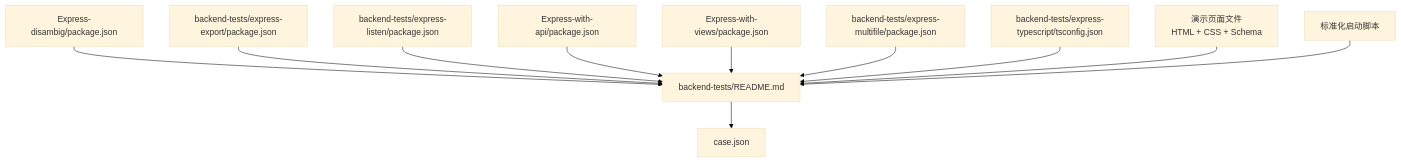
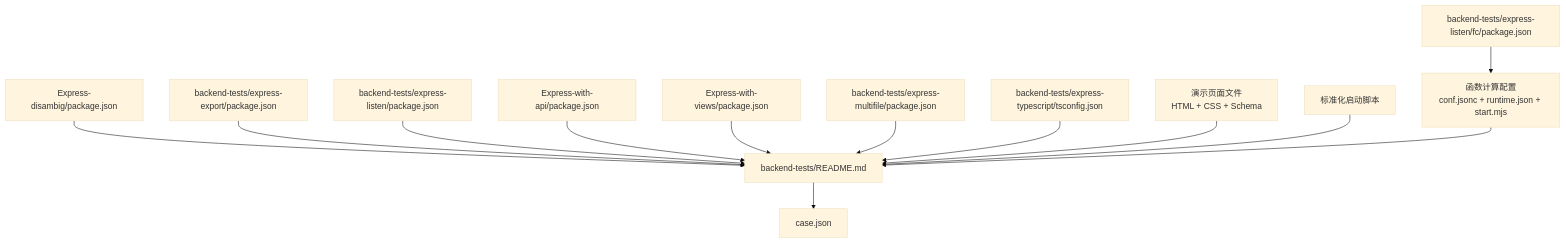
Before and after one commit to esa-sp/test-for-aone-ci: diagram 13 of 13 in .qoder/repowiki/zh/content/后端框架测试/Express框架测试.md, drawn with Mermaid (base theme). The commit also changed other lines of this file and 51 other files, not shown here.

Commit message:
feat: add dark theme, dot pattern and gradient accent to backend-tests pages

````diff
--- a/.qoder/repowiki/zh/content/后端框架测试/Express框架测试.md
+++ b/.qoder/repowiki/zh/content/后端框架测试/Express框架测试.md
@@ -649,24 +757,28 @@
 ```mermaid
 graph TB
 P1["Express-disambig/package.json"]
 P2["backend-tests/express-export/package.json"]
 P3["backend-tests/express-listen/package.json"]
+P3FC["backend-tests/express-listen/fc/package.json"]
 P4["Express-with-api/package.json"]
 P5["Express-with-views/package.json"]
 P6["backend-tests/express-multifile/package.json"]
 P7["backend-tests/express-typescript/tsconfig.json"]
 DP["演示页面文件<br/>HTML + CSS + Schema"]
 RS["标准化启动脚本"]
+FC["函数计算配置<br/>conf.jsonc + runtime.json + start.mjs"]
 R["backend-tests/README.md"]
 C["case.json"]
 P1 --> R
 P2 --> R
 P3 --> R
+P3FC --> FC
 P4 --> R
 P5 --> R
 P6 --> R
 P7 --> R
 DP --> R
 RS --> R
+FC --> R
 R --> C
 ```
````
